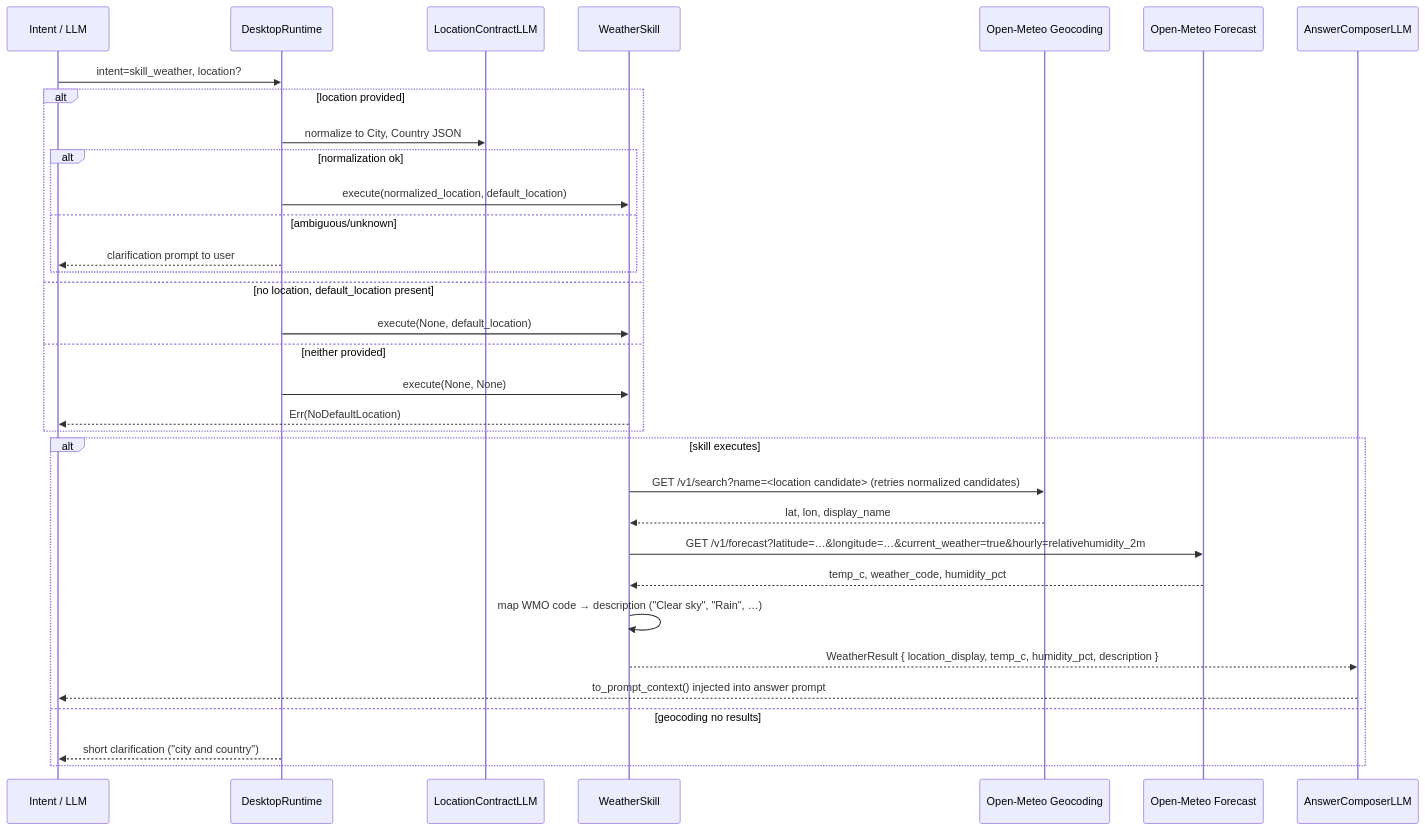
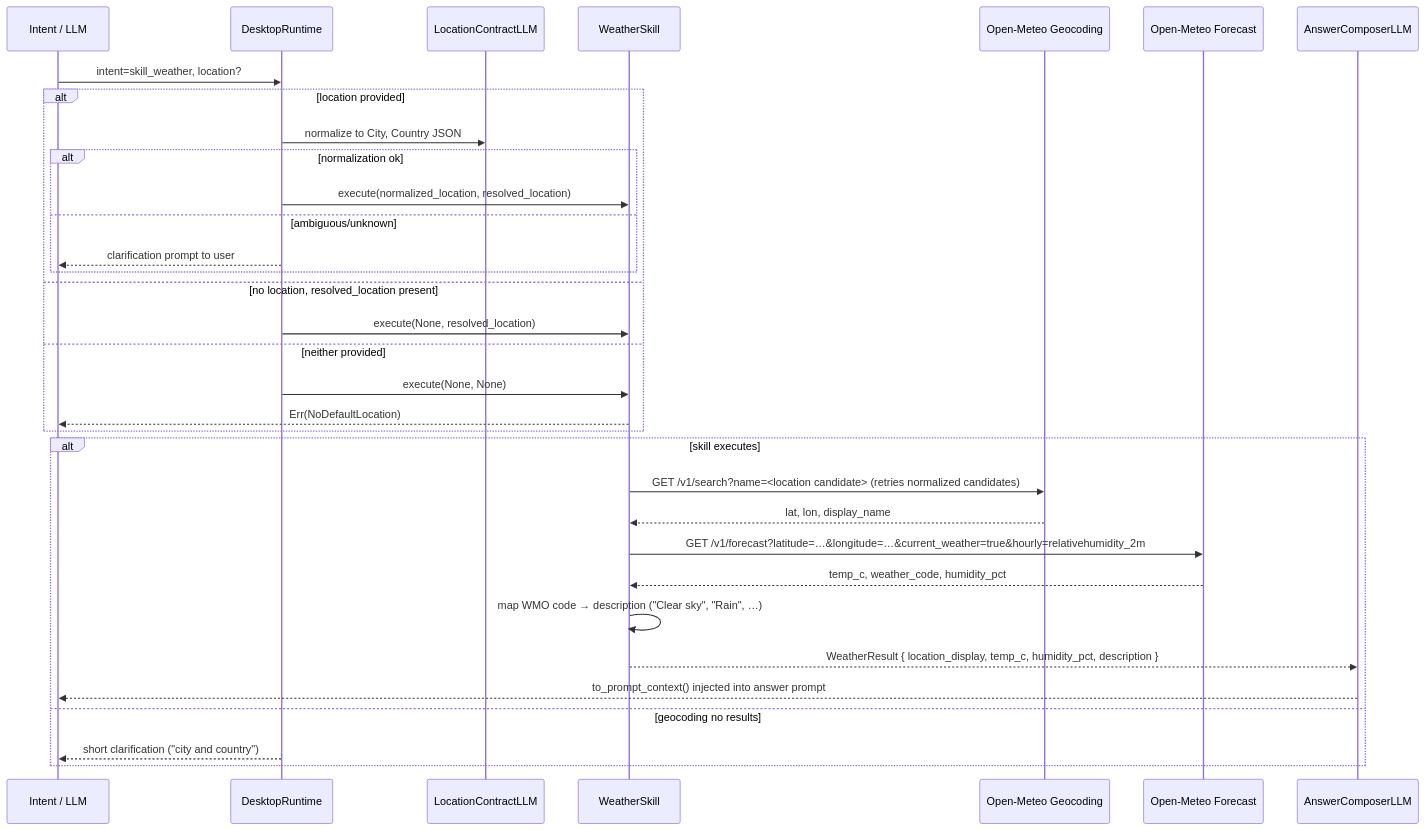
One commit to AncientiCe/aice changed the diagram in docs/skills/weather.md. Above: the diagram before and after it, drawn with Mermaid. The commit also changed other lines of this file and 54 other files, not shown here.

````diff
--- a/docs/skills/weather.md
+++ b/docs/skills/weather.md
@@ -11,36 +13,36 @@
 ```mermaid
 sequenceDiagram
     participant LLM as Intent / LLM
     participant Runtime as DesktopRuntime
     participant Normalizer as LocationContractLLM
     participant Skill as WeatherSkill
     participant Geo as Open-Meteo Geocoding
     participant Wx as Open-Meteo Forecast
     participant Composer as AnswerComposerLLM
 
     LLM->>Runtime: intent=skill_weather, location?
     alt location provided
         Runtime->>Normalizer: normalize to City, Country JSON
         alt normalization ok
-            Runtime->>Skill: execute(normalized_location, default_location)
+            Runtime->>Skill: execute(normalized_location, resolved_location)
         else ambiguous/unknown
             Runtime-->>LLM: clarification prompt to user
         end
-    else no location, default_location present
-        Runtime->>Skill: execute(None, default_location)
+    else no location, resolved_location present
+        Runtime->>Skill: execute(None, resolved_location)
     else neither provided
         Runtime->>Skill: execute(None, None)
         Skill-->>LLM: Err(NoDefaultLocation)
     end
     alt skill executes
         Skill->>Geo: GET /v1/search?name=<location candidate> (retries normalized candidates)
         Geo-->>Skill: lat, lon, display_name
         Skill->>Wx: GET /v1/forecast?latitude=…&longitude=…&current_weather=true&hourly=relativehumidity_2m
         Wx-->>Skill: temp_c, weather_code, humidity_pct
         Skill->>Skill: map WMO code → description ("Clear sky", "Rain", …)
         Skill-->>Composer: WeatherResult { location_display, temp_c, humidity_pct, description }
         Composer-->>LLM: to_prompt_context() injected into answer prompt
     else geocoding no results
         Runtime-->>LLM: short clarification ("city and country")
     end
 ```
````
